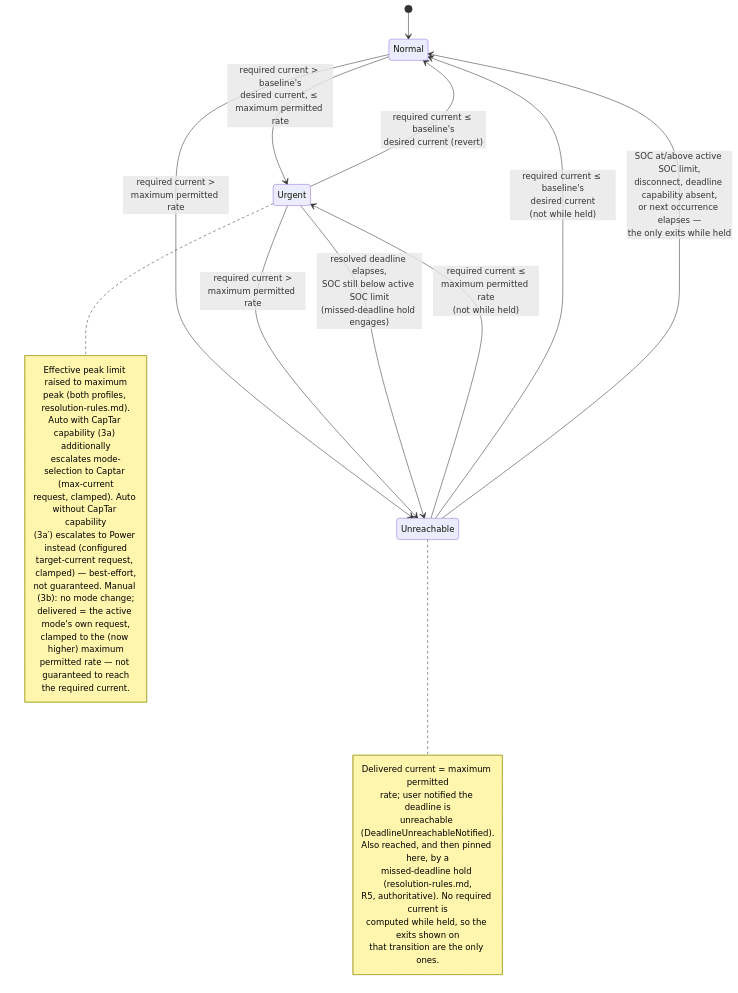
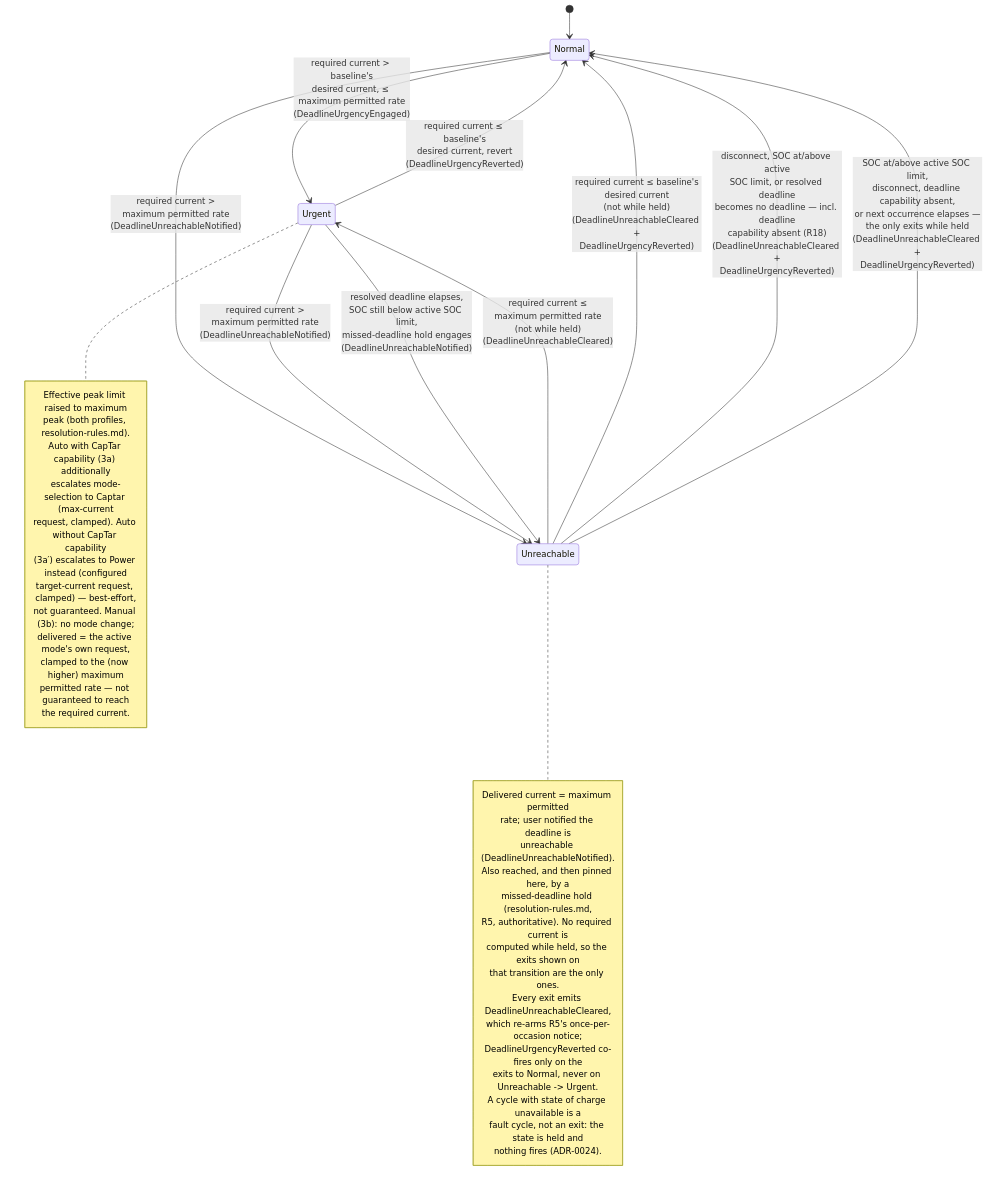
One commit to kristofdegrave/homeassistant-smart-charging changed the diagram in docs/analysis/use-cases/UC05-guarantee-ready-by-departure.md. Above: the diagram before and after it, drawn with Mermaid. The commit also changed other lines of this file and 2 other files, not shown here.

First paragraph of the commit message:
docs: add DeadlineUnreachableCleared to UC05, glossary, and R5 (ADR-0024 follow-up) (#668)
* docs: add DeadlineUnreachableCleared to UC05, glossary, and R5 (ADR-0024 follow-up)

````diff
--- a/docs/analysis/use-cases/UC05-guarantee-ready-by-departure.md
+++ b/docs/analysis/use-cases/UC05-guarantee-ready-by-departure.md
@@ -100,36 +104,44 @@
 ```mermaid
 stateDiagram-v2
     [*] --> Normal
-    Normal --> Urgent: required current > baseline's<br/>desired current, ≤ maximum permitted rate
-    Normal --> Unreachable: required current ><br/>maximum permitted rate
-    Urgent --> Normal: required current ≤ baseline's<br/>desired current (revert)
-    Urgent --> Unreachable: required current ><br/>maximum permitted rate
-    Urgent --> Unreachable: resolved deadline elapses,<br/>SOC still below active SOC limit<br/>(missed-deadline hold engages)
-    Unreachable --> Urgent: required current ≤<br/>maximum permitted rate<br/>(not while held)
-    Unreachable --> Normal: required current ≤ baseline's<br/>desired current<br/>(not while held)
-    Unreachable --> Normal: SOC at/above active SOC limit,<br/>disconnect, deadline capability absent,<br/>or next occurrence elapses —<br/>the only exits while held
+    Normal --> Urgent: required current > baseline's<br/>desired current, ≤ maximum permitted rate<br/>(DeadlineUrgencyEngaged)
+    Normal --> Unreachable: required current ><br/>maximum permitted rate<br/>(DeadlineUnreachableNotified)
+    Urgent --> Normal: required current ≤ baseline's<br/>desired current, revert<br/>(DeadlineUrgencyReverted)
+    Urgent --> Unreachable: required current ><br/>maximum permitted rate<br/>(DeadlineUnreachableNotified)
+    Urgent --> Unreachable: resolved deadline elapses,<br/>SOC still below active SOC limit,<br/>missed-deadline hold engages<br/>(DeadlineUnreachableNotified)
+    Unreachable --> Urgent: required current ≤<br/>maximum permitted rate<br/>(not while held)<br/>(DeadlineUnreachableCleared)
+    Unreachable --> Normal: required current ≤ baseline's<br/>desired current<br/>(not while held)<br/>(DeadlineUnreachableCleared +<br/>DeadlineUrgencyReverted)
+    Unreachable --> Normal: disconnect, SOC at/above active<br/>SOC limit, or resolved deadline<br/>becomes no deadline — incl. deadline<br/>capability absent (R18)<br/>(DeadlineUnreachableCleared +<br/>DeadlineUrgencyReverted)
+    Unreachable --> Normal: SOC at/above active SOC limit,<br/>disconnect, deadline capability absent,<br/>or next occurrence elapses —<br/>the only exits while held<br/>(DeadlineUnreachableCleared +<br/>DeadlineUrgencyReverted)
     note right of Urgent
         Effective peak limit raised to maximum
         peak (both profiles, resolution-rules.md).
         Auto with CapTar capability (3a) additionally
         escalates mode-selection to Captar (max-current
         request, clamped). Auto without CapTar capability
         (3a′) escalates to Power instead (configured
         target-current request, clamped) — best-effort,
         not guaranteed. Manual (3b): no mode change;
         delivered = the active mode's own request,
         clamped to the (now higher) maximum
         permitted rate — not guaranteed to reach
         the required current.
     end note
     note right of Unreachable
         Delivered current = maximum permitted
         rate; user notified the deadline is
         unreachable (DeadlineUnreachableNotified).
         Also reached, and then pinned here, by a
         missed-deadline hold (resolution-rules.md,
         R5, authoritative). No required current is
         computed while held, so the exits shown on
         that transition are the only ones.
+        Every exit emits DeadlineUnreachableCleared,
+        which re-arms R5's once-per-occasion notice;
+        DeadlineUrgencyReverted co-fires only on the
+        exits to Normal, never on Unreachable -> Urgent.
+        A cycle with state of charge unavailable is a
+        fault cycle, not an exit: the state is held and
+        nothing fires (ADR-0024).
     end note
 ```
````
